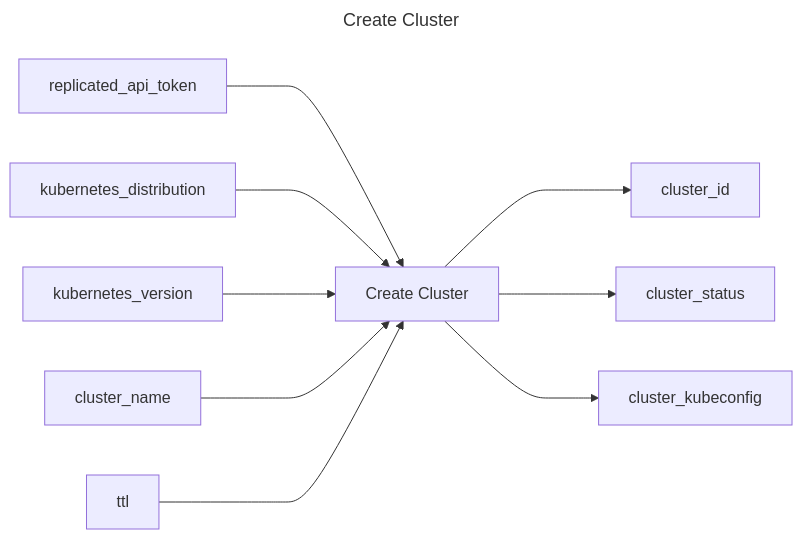
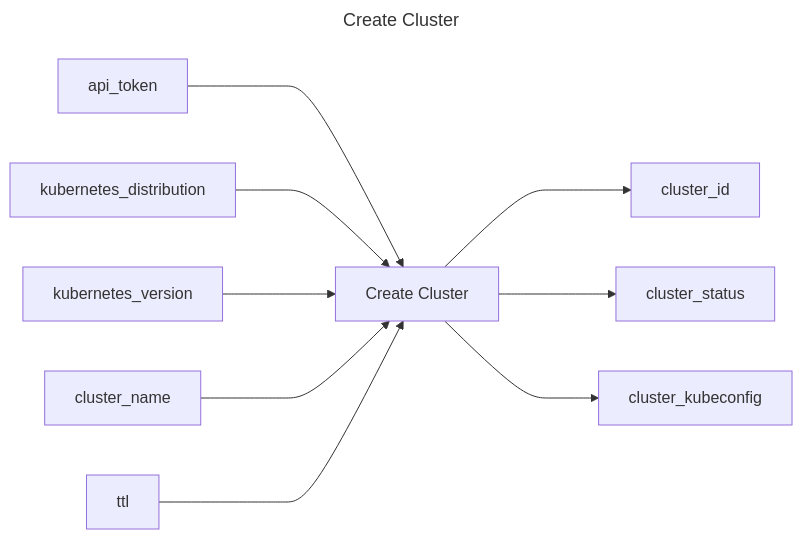
Before and after one commit to replicatedhq/replicated-actions: the diagram in create-cluster/README.md, drawn with Mermaid. The commit also changed other lines of this file and 40 other files, not shown here.

Commit message:
Renaming replicated-api-token to api-token

````diff
--- a/create-cluster/README.md
+++ b/create-cluster/README.md
@@ -3,15 +3,15 @@
 ```mermaid
 ---
 title: Create Cluster
 ---
 graph LR
 create_cluster["Create Cluster"]
-replicated_api_token ---> create_cluster
+api_token ---> create_cluster
 kubernetes_distribution ---> create_cluster
 kubernetes_version ---> create_cluster
 cluster_name ---> create_cluster
 ttl ---> create_cluster
 create_cluster ---> cluster_id
 create_cluster ---> cluster_status
 create_cluster ---> cluster_kubeconfig
 ```
````
